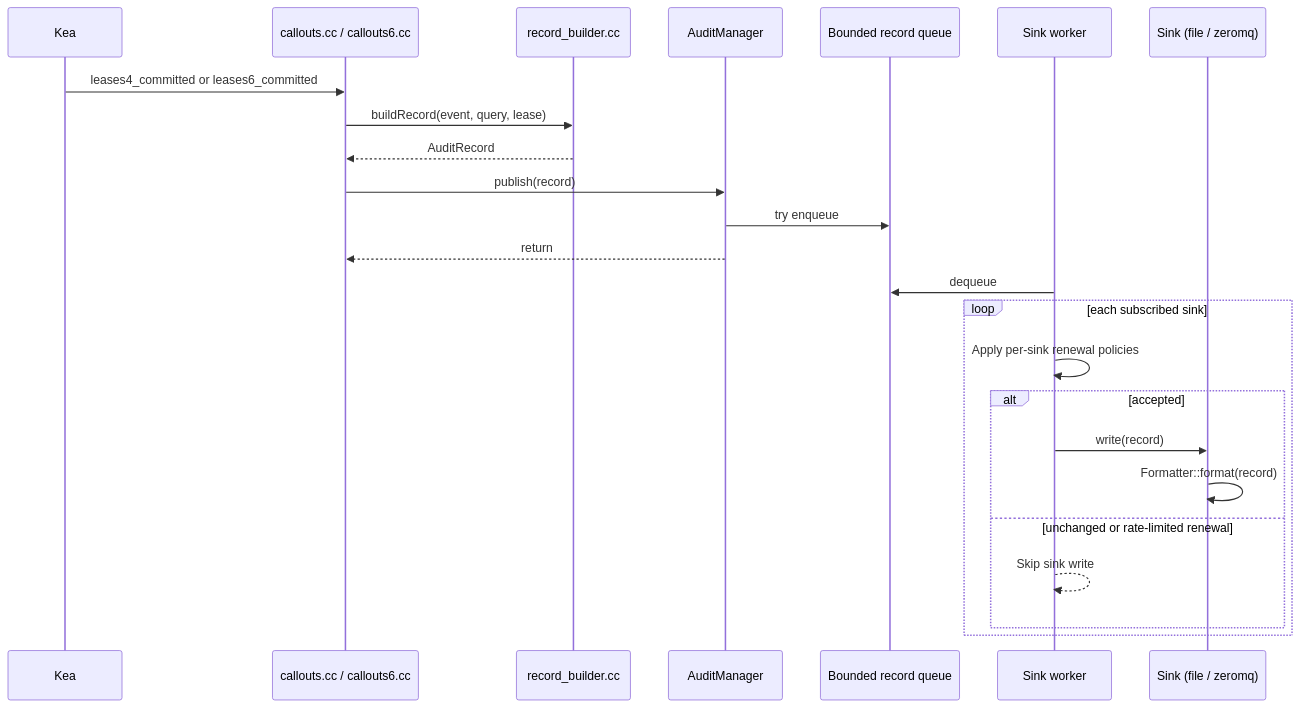
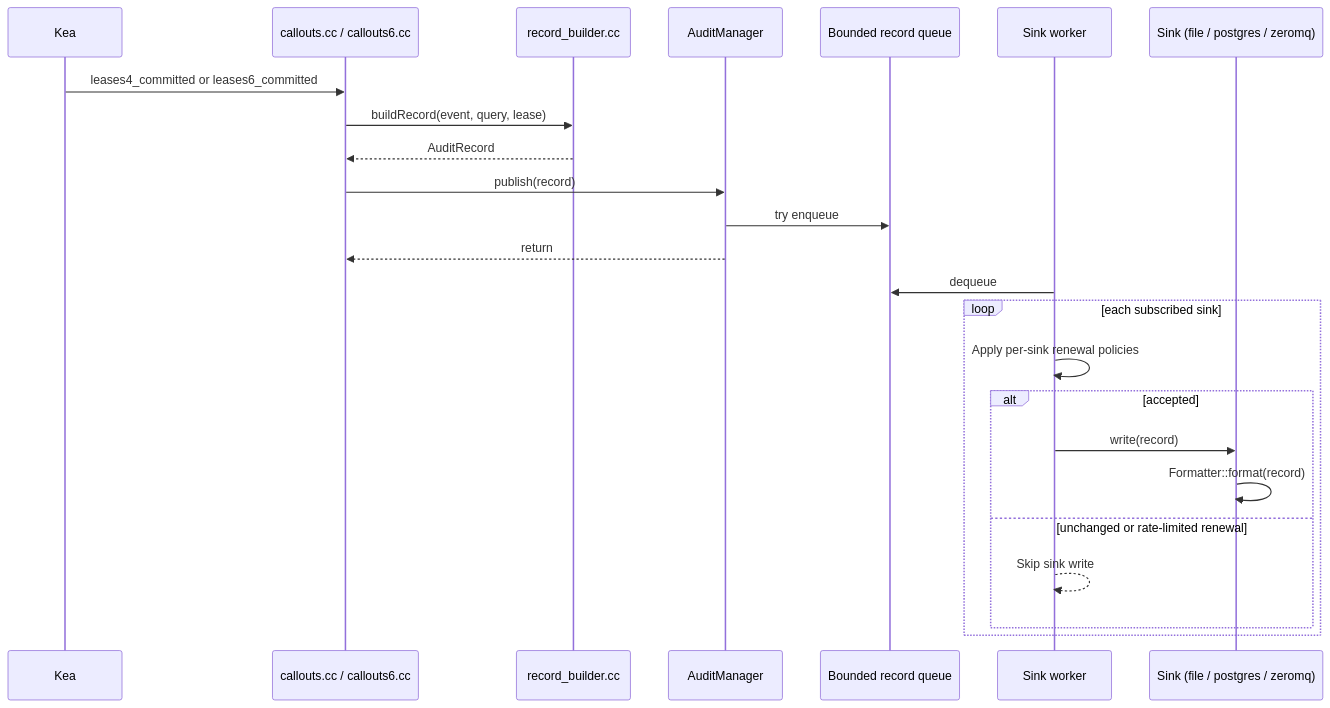
The first of 2 diagrams in docs/architecture.md (solvationab/KeaLogHook), drawn with Mermaid before and after one commit. The commit also changed other lines of this file and 7 other files, not shown here.

Commit message:
Enhance documentation and examples for new sink types: file, PostgreSQL, and ZeroMQ; update installation scripts and architecture diagrams.

````diff
--- a/docs/architecture.md
+++ b/docs/architecture.md
@@ -9,27 +9,27 @@
 ```mermaid
 sequenceDiagram
     participant Kea
     participant Callout as callouts.cc / callouts6.cc
     participant Builder as record_builder.cc
     participant Mgr as AuditManager
     participant Queue as Bounded record queue
     participant Worker as Sink worker
-    participant Sink as Sink (file / zeromq)
+    participant Sink as Sink (file / postgres / zeromq)
 
   Kea->>Callout: leases4_committed or leases6_committed
     Callout->>Builder: buildRecord(event, query, lease)
     Builder-->>Callout: AuditRecord
     Callout->>Mgr: publish(record)
     Mgr->>Queue: try enqueue
     Mgr-->>Callout: return
     Worker->>Queue: dequeue
     loop each subscribed sink
       Worker->>Worker: Apply per-sink renewal policies
       alt accepted
       Worker->>Sink: write(record)
         Sink->>Sink: Formatter::format(record)
       else unchanged or rate-limited renewal
         Worker-->>Worker: Skip sink write
       end
     end
 ```
````
